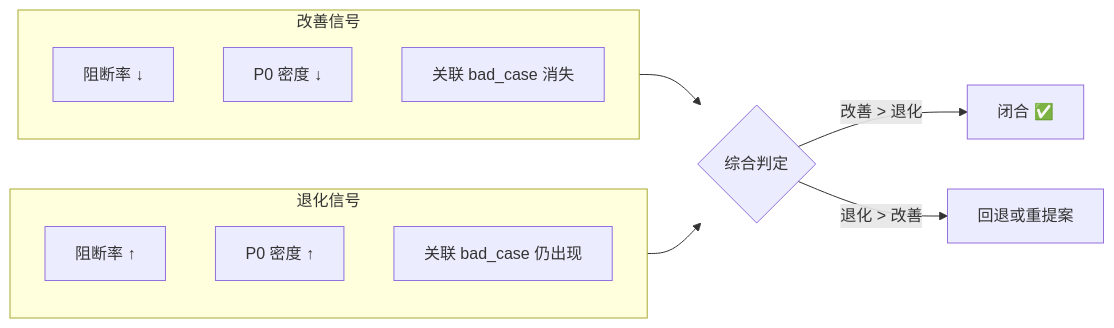
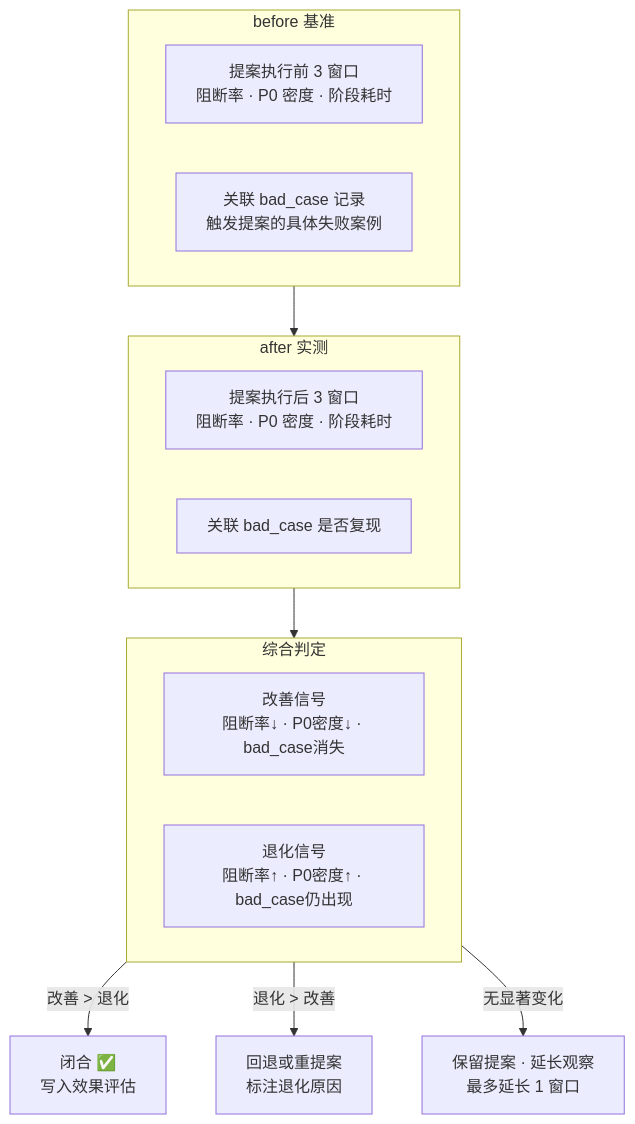
One commit to effiy/YrY changed the ninth of 14 diagrams in rules/self-improve.md. Above: the diagram before and after it, drawn with Mermaid. The commit also changed other lines of this file and 4 other files, not shown here.

````diff
--- a/rules/self-improve.md
+++ b/rules/self-improve.md
@@ -133,18 +252,23 @@
 ```mermaid
-flowchart LR
-    subgraph 改善["改善信号"]
-        UP1["阻断率 ↓"]:::good
-        UP2["P0 密度 ↓"]:::good
-        UP3["关联 bad_case 消失"]:::good
+flowchart TB
+    subgraph 基准["before 基准"]
+        B1["提案执行前 3 窗口<br/>阻断率 · P0 密度 · 阶段耗时"]:::base
+        B2["关联 bad_case 记录<br/>触发提案的具体失败案例"]:::base
     end
-    subgraph 退化["退化信号"]
-        DN1["阻断率 ↑"]:::bad
-        DN2["P0 密度 ↑"]:::bad
-        DN3["关联 bad_case 仍出现"]:::bad
+
+    subgraph 对比["after 实测"]
+        A1["提案执行后 3 窗口<br/>阻断率 · P0 密度 · 阶段耗时"]:::data
+        A2["关联 bad_case 是否复现"]:::data
     end
-    改善 --> JUDGE{"综合判定"}
-    退化 --> JUDGE
-    JUDGE -->|"改善 > 退化"| CLOSE["闭合 ✅"]:::ok
-    JUDGE -->|"退化 > 改善"| ROLL["回退或重提案"]:::warn
+
+    subgraph 判定["综合判定"]
+        J1["改善信号<br/>阻断率↓ · P0密度↓ · bad_case消失"]:::good
+        J2["退化信号<br/>阻断率↑ · P0密度↑ · bad_case仍出现"]:::bad
+    end
+
+    基准 --> 对比 --> 判定
+    判定 -->|"改善 > 退化"| CLOSE["闭合 ✅<br/>写入效果评估"]:::ok
+    判定 -->|"退化 > 改善"| ROLL["回退或重提案<br/>标注退化原因"]:::warn
+    判定 -->|"无显著变化"| HOLD["保留提案 · 延长观察<br/>最多延长 1 窗口"]:::wait
 
 ```
````
